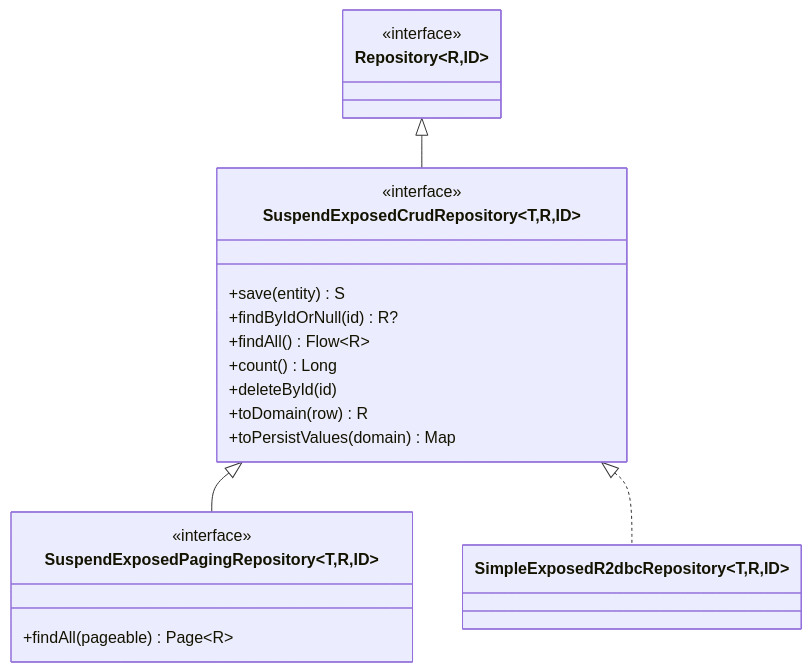
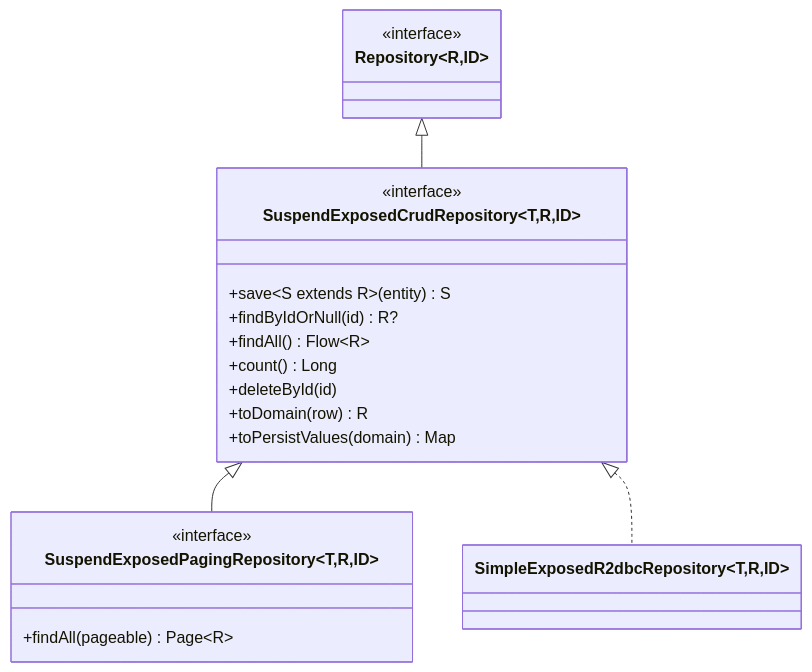
One commit to bluetape4k/bluetape4k-experimental changed the first of 2 diagrams in spring-data/exposed-r2dbc-spring-data/README.md. Above: the diagram before and after it, drawn with Mermaid.

Commit message:
docs(exposed-r2dbc-spring-data): classDiagram save 메서드 타입 파라미터 제약 조건 명시
S extends R 제약 조건을 추가하여 save 메서드의 공변 반환 타입을 정확하게 표현

````diff
--- a/spring-data/exposed-r2dbc-spring-data/README.md
+++ b/spring-data/exposed-r2dbc-spring-data/README.md
@@ -20,25 +20,25 @@
 ```mermaid
 classDiagram
     class Repository~R,ID~ {
         <<interface>>
     }
     class SuspendExposedCrudRepository~T,R,ID~ {
         <<interface>>
-        +save(entity) S
+        +save~S extends R~(entity) S
         +findByIdOrNull(id) R?
         +findAll() Flow~R~
         +count() Long
         +deleteById(id)
         +toDomain(row) R
         +toPersistValues(domain) Map
     }
     class SuspendExposedPagingRepository~T,R,ID~ {
         <<interface>>
         +findAll(pageable) Page~R~
     }
     class SimpleExposedR2dbcRepository~T,R,ID~
 
     Repository <|-- SuspendExposedCrudRepository
     SuspendExposedCrudRepository <|-- SuspendExposedPagingRepository
     SuspendExposedCrudRepository <|.. SimpleExposedR2dbcRepository
 ```
````
